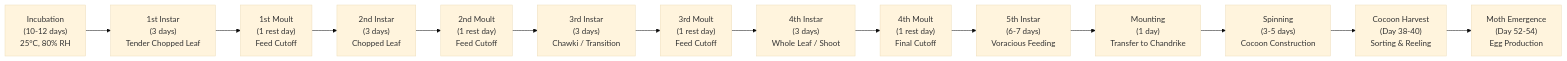
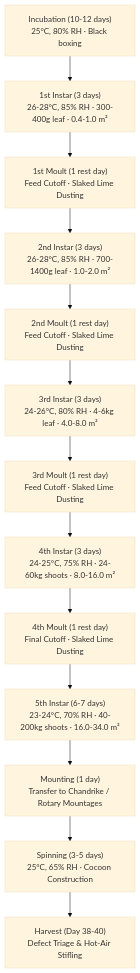
One commit to Dr-Rank1/Kalro-App changed the second of 5 diagrams in OVERVIEW.md. Above: the diagram before and after it, drawn with Mermaid (base theme). The commit also changed other lines of this file and 3 other files, not shown here.

````diff
--- a/OVERVIEW.md
+++ b/OVERVIEW.md
@@ -100,16 +181,15 @@
 ```mermaid
-graph LR
-    Incub["Incubation\n(10-12 days)\n25°C, 80% RH"] --> I1["1st Instar\n(3 days)\nTender Chopped Leaf"]
-    I1 --> M1["1st Moult\n(1 rest day)\nFeed Cutoff"]
-    M1 --> I2["2nd Instar\n(3 days)\nChopped Leaf"]
-    I2 --> M2["2nd Moult\n(1 rest day)\nFeed Cutoff"]
-    M2 --> I3["3rd Instar\n(3 days)\nChawki / Transition"]
-    I3 --> M3["3rd Moult\n(1 rest day)\nFeed Cutoff"]
-    M3 --> I4["4th Instar\n(3 days)\nWhole Leaf / Shoot"]
-    I4 --> M4["4th Moult\n(1 rest day)\nFinal Cutoff"]
-    M4 --> I5["5th Instar\n(6-7 days)\nVoracious Feeding"]
-    I5 --> Mount["Mounting\n(1 day)\nTransfer to Chandrike"]
-    Mount --> Spin["Spinning\n(3-5 days)\nCocoon Construction"]
-    Spin --> Harv["Cocoon Harvest\n(Day 38-40)\nSorting & Reeling"]
-    Harv --> Moth["Moth Emergence\n(Day 52-54)\nEgg Production"]
+graph TD
+    Incub["Incubation (10-12 days)\n25°C, 80% RH · Black boxing"] --> I1["1st Instar (3 days)\n26-28°C, 85% RH · 300-400g leaf · 0.4-1.0 m²"]
+    I1 --> M1["1st Moult (1 rest day)\nFeed Cutoff · Slaked Lime Dusting"]
+    M1 --> I2["2nd Instar (3 days)\n26-28°C, 85% RH · 700-1400g leaf · 1.0-2.0 m²"]
+    I2 --> M2["2nd Moult (1 rest day)\nFeed Cutoff · Slaked Lime Dusting"]
+    M2 --> I3["3rd Instar (3 days)\n24-26°C, 80% RH · 4-6kg leaf · 4.0-8.0 m²"]
+    I3 --> M3["3rd Moult (1 rest day)\nFeed Cutoff · Slaked Lime Dusting"]
+    M3 --> I4["4th Instar (3 days)\n24-25°C, 75% RH · 24-60kg shoots · 8.0-16.0 m²"]
+    I4 --> M4["4th Moult (1 rest day)\nFinal Cutoff · Slaked Lime Dusting"]
+    M4 --> I5["5th Instar (6-7 days)\n23-24°C, 70% RH · 40-200kg shoots · 16.0-34.0 m²"]
+    I5 --> Mount["Mounting (1 day)\nTransfer to Chandrike / Rotary Mountages"]
+    Mount --> Spin["Spinning (3-5 days)\n25°C, 65% RH · Cocoon Construction"]
+    Spin --> Harv["Harvest (Day 38-40)\nDefect Triage & Hot-Air Stifling"]
 ```
````
